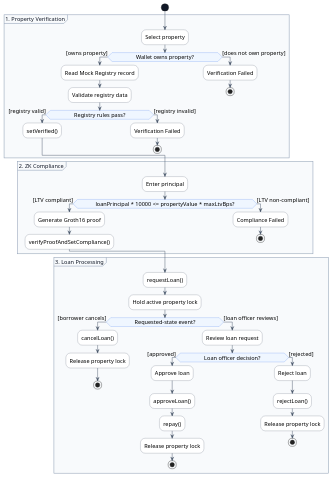
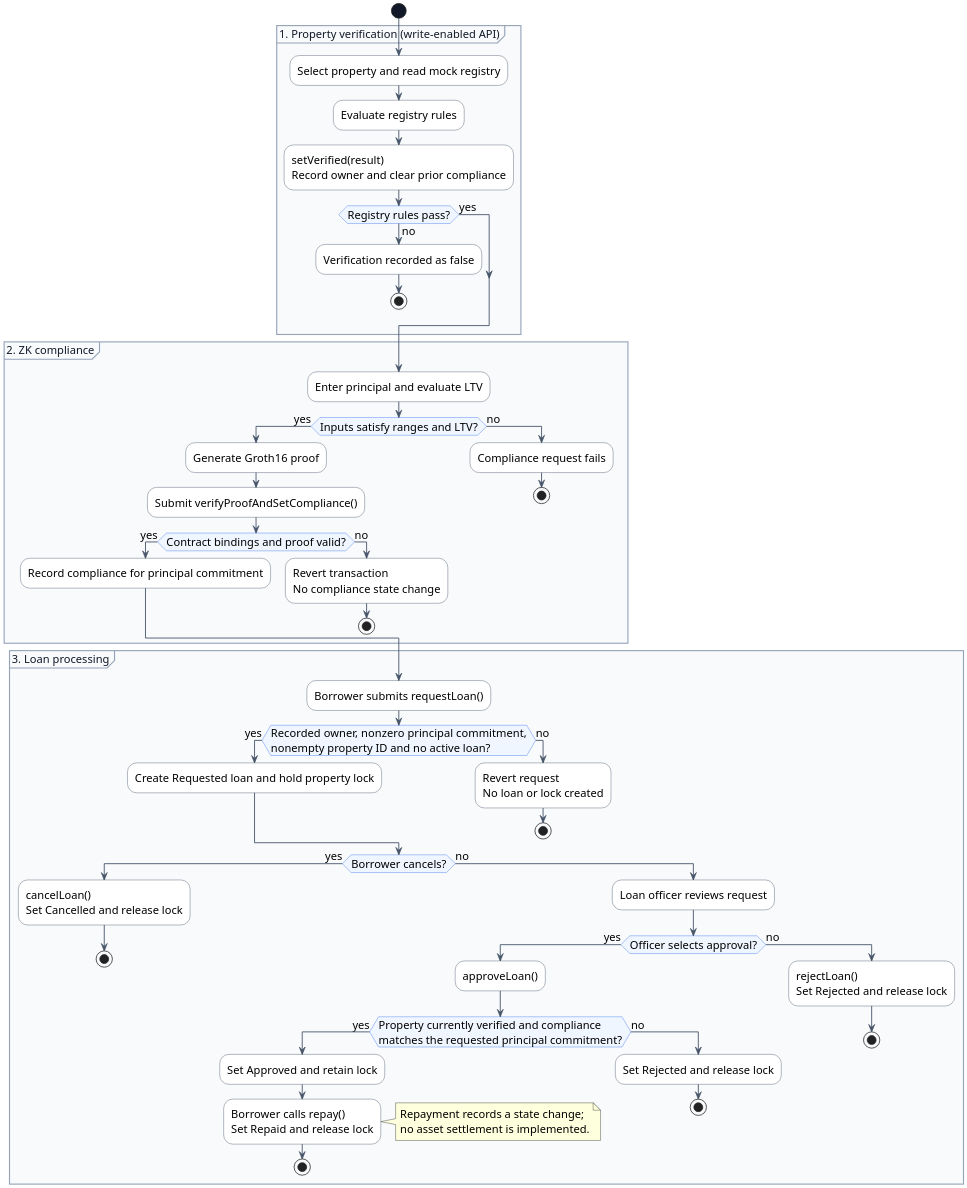
One commit to Alan42x/proofestate changed the diagram in docs/figures/02-business-workflow.puml. Above: the diagram before and after it, drawn with PlantUML. The commit also changed 30 other files, not shown here.

```diff
--- a/docs/figures/02-business-workflow.puml
+++ b/docs/figures/02-business-workflow.puml
@@ -1,105 +1,86 @@
 @startuml
 
-skinparam nodesep 45
-skinparam ranksep 55
+scale 2
 
 skinparam backgroundColor #FFFFFF
 skinparam defaultFontName Arial
 skinparam defaultFontSize 15
 skinparam shadowing false
 skinparam ArrowColor #475569
 skinparam ArrowThickness 1.2
 skinparam ActivityBorderColor #334155
 skinparam ActivityBackgroundColor #FFFFFF
 skinparam ActivityDiamondBorderColor #2563eb
 skinparam ActivityDiamondBackgroundColor #eff6ff
 skinparam ActivityStartColor #111827
 skinparam ActivityEndColor #111827
 skinparam PartitionBorderColor #94a3b8
 skinparam PartitionBackgroundColor #f8fafc
 skinparam PartitionFontColor #111827
 
 start
 
-partition "1. Property Verification" {
-
-  :Select property;
-
-  if (<color:#eff6ff>................</color>Wallet owns property?<color:#eff6ff>................</color>) then ([owns property])
-
-    :Read Mock Registry record;
-    :Validate registry data;
-
-    if (<color:#eff6ff>................</color>Registry rules pass?<color:#eff6ff>................</color>) then ([registry valid])
-
-      :setVerified();
-
-    else ([registry invalid])
-
-      :Verification Failed;
-      stop
-
-    endif
-
-  else ([does not own property])
-
-    :Verification Failed;
+partition "1. Property verification (write-enabled API)" {
+  :Select property and read mock registry;
+  :Evaluate registry rules;
+  :setVerified(result)\nRecord owner and clear prior compliance;
+  if (Registry rules pass?) then (yes)
+  else (no)
+    :Verification recorded as false;
     stop
-
   endif
 }
 
-
-partition "2. ZK Compliance" {
-
-  :Enter principal;
-
-  if (<color:#eff6ff>............</color>loanPrincipal * 10000 <= propertyValue * maxLtvBps?<color:#eff6ff>............</color>) then ([LTV compliant])
-
+partition "2. ZK compliance" {
+  :Enter principal and evaluate LTV;
+  if (Inputs satisfy ranges and LTV?) then (yes)
     :Generate Groth16 proof;
-    :verifyProofAndSetCompliance();
-
-  else ([LTV non-compliant])
-
-    :Compliance Failed;
+    :Submit verifyProofAndSetCompliance();
+    if (Contract bindings and proof valid?) then (yes)
+      :Record compliance for principal commitment;
+    else (no)
+      :Revert transaction\nNo compliance state change;
+      stop
+    endif
+  else (no)
+    :Compliance request fails;
     stop
-
   endif
 }
 
+partition "3. Loan processing" {
+  :Borrower submits requestLoan();
+  if (Recorded owner, nonzero principal commitment,\nnonempty property ID and no active loan?) then (yes)
+    :Create Requested loan and hold property lock;
+  else (no)
+    :Revert request\nNo loan or lock created;
+    stop
+  endif
 
-partition "3. Loan Processing" {
-
-  :requestLoan();
-  :Hold active property lock;
-
-  if (<color:#eff6ff>................</color>Requested-state event?<color:#eff6ff>................</color>) then ([borrower cancels])
-
-    :cancelLoan();
-    :Release property lock;
+  if (Borrower cancels?) then (yes)
+    :cancelLoan()\nSet Cancelled and release lock;
     stop
-
-  else ([loan officer reviews])
-
-    :Review loan request;
-
-    if (<color:#eff6ff>................</color>Loan officer decision?<color:#eff6ff>................</color>) then ([approved])
-
-      :Approve loan;
+  else (no)
+    :Loan officer reviews request;
+    if (Officer selects approval?) then (yes)
       :approveLoan();
-      :repay();
-      :Release property lock;
+      if (Property currently verified and compliance\nmatches the requested principal commitment?) then (yes)
+        :Set Approved and retain lock;
+        :Borrower calls repay()\nSet Repaid and release lock;
+        note right
+          Repayment records a state change;
+          no asset settlement is implemented.
+        end note
+        stop
+      else (no)
+        :Set Rejected and release lock;
+        stop
+      endif
+    else (no)
+      :rejectLoan()\nSet Rejected and release lock;
       stop
-
-    else ([rejected])
-
-      :Reject loan;
-      :rejectLoan();
-      :Release property lock;
-      stop
-
     endif
   endif
 }
 
 @enduml
```
